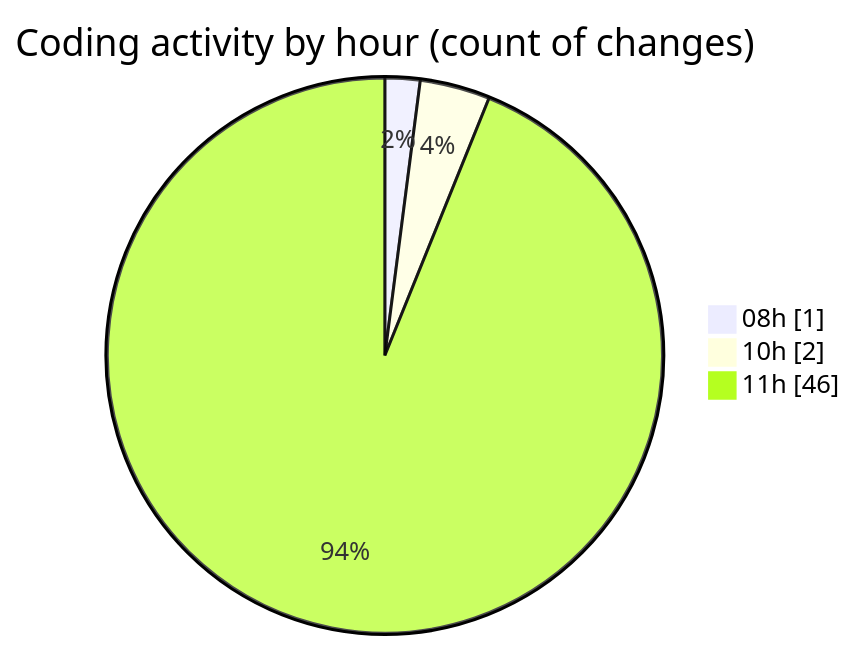
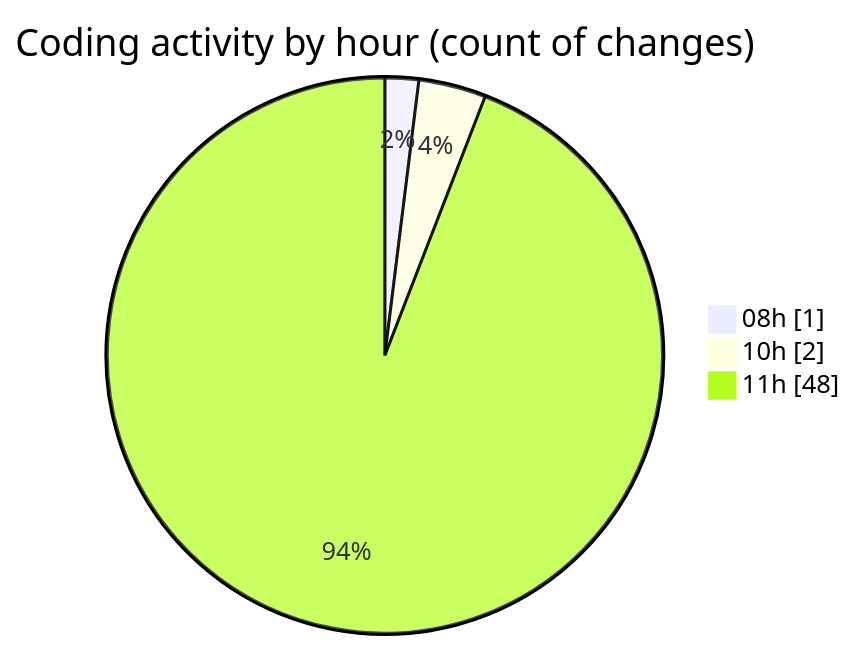
One commit to momahboobian/code-tracking changed the second of 2 diagrams in 2025-07-03/cda/README.md. Above: the diagram before and after it, drawn with Mermaid. The commit also changed other lines of this file and 1 other file, not shown here.

````diff
--- a/2025-07-03/cda/README.md
+++ b/2025-07-03/cda/README.md
@@ -37,7 +37,7 @@
 ```mermaid
 pie showData
 title Coding activity by hour (count of changes)
 "08h" : 1
 "10h" : 2
-"11h" : 46
+"11h" : 48
 ```
````
